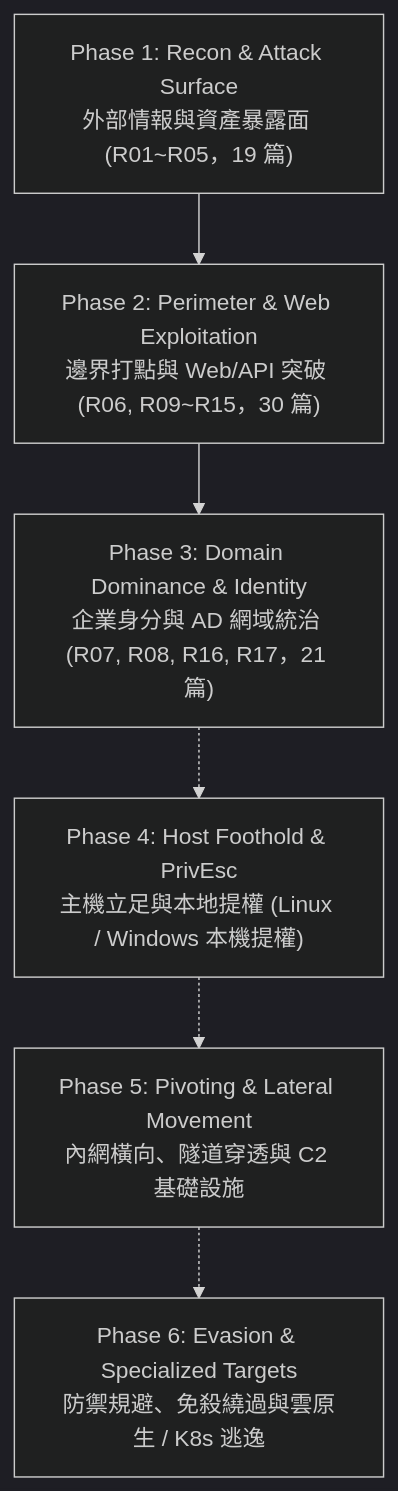
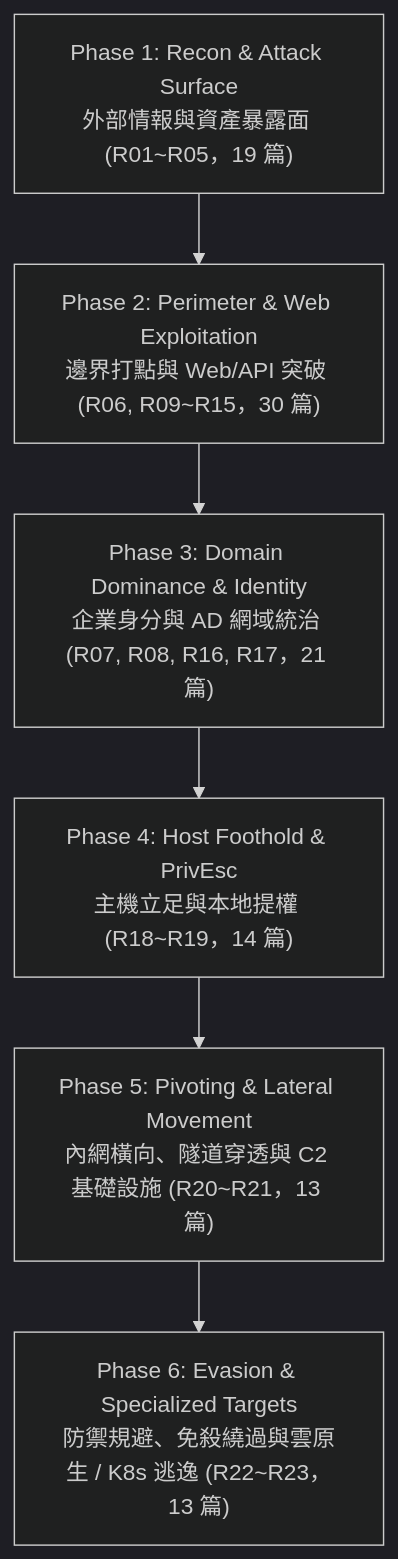
The diagram in security/knowledge/red_team/career_curriculum.md (Youchenjiang/sec-compendium), drawn with Mermaid (dark theme) before and after one commit. The commit also changed other lines of this file and 3 other files, not shown here.

````diff
--- a/security/knowledge/red_team/career_curriculum.md
+++ b/security/knowledge/red_team/career_curriculum.md
@@ -10,8 +10,8 @@
 ```mermaid
 graph TD
     P1["Phase 1: Recon & Attack Surface<br>外部情報與資產暴露面 (R01~R05，19 篇)"] --> P2["Phase 2: Perimeter & Web Exploitation<br>邊界打點與 Web/API 突破 (R06, R09~R15，30 篇)"]
     P2 --> P3["Phase 3: Domain Dominance & Identity<br>企業身分與 AD 網域統治 (R07, R08, R16, R17，21 篇)"]
-    P3 -.-> P4["Phase 4: Host Foothold & PrivEsc<br>主機立足與本地提權 (Linux / Windows 本機提權)"]
-    P4 -.-> P5["Phase 5: Pivoting & Lateral Movement<br>內網橫向、隧道穿透與 C2 基礎設施"]
-    P5 -.-> P6["Phase 6: Evasion & Specialized Targets<br>防禦規避、免殺繞過與雲原生 / K8s 逃逸"]
+    P3 --> P4["Phase 4: Host Foothold & PrivEsc<br>主機立足與本地提權 (R18~R19，14 篇)"]
+    P4 --> P5["Phase 5: Pivoting & Lateral Movement<br>內網橫向、隧道穿透與 C2 基礎設施 (R20~R21，13 篇)"]
+    P5 --> P6["Phase 6: Evasion & Specialized Targets<br>防禦規避、免殺繞過與雲原生 / K8s 逃逸 (R22~R23，13 篇)"]
 ```
````
